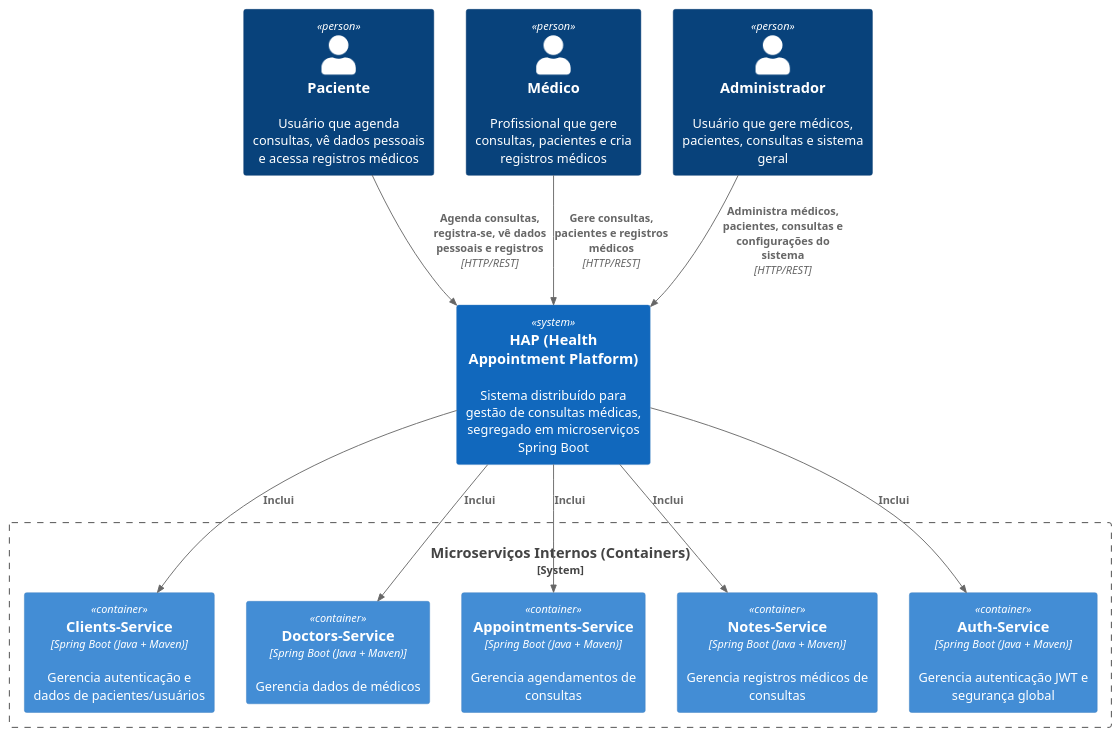
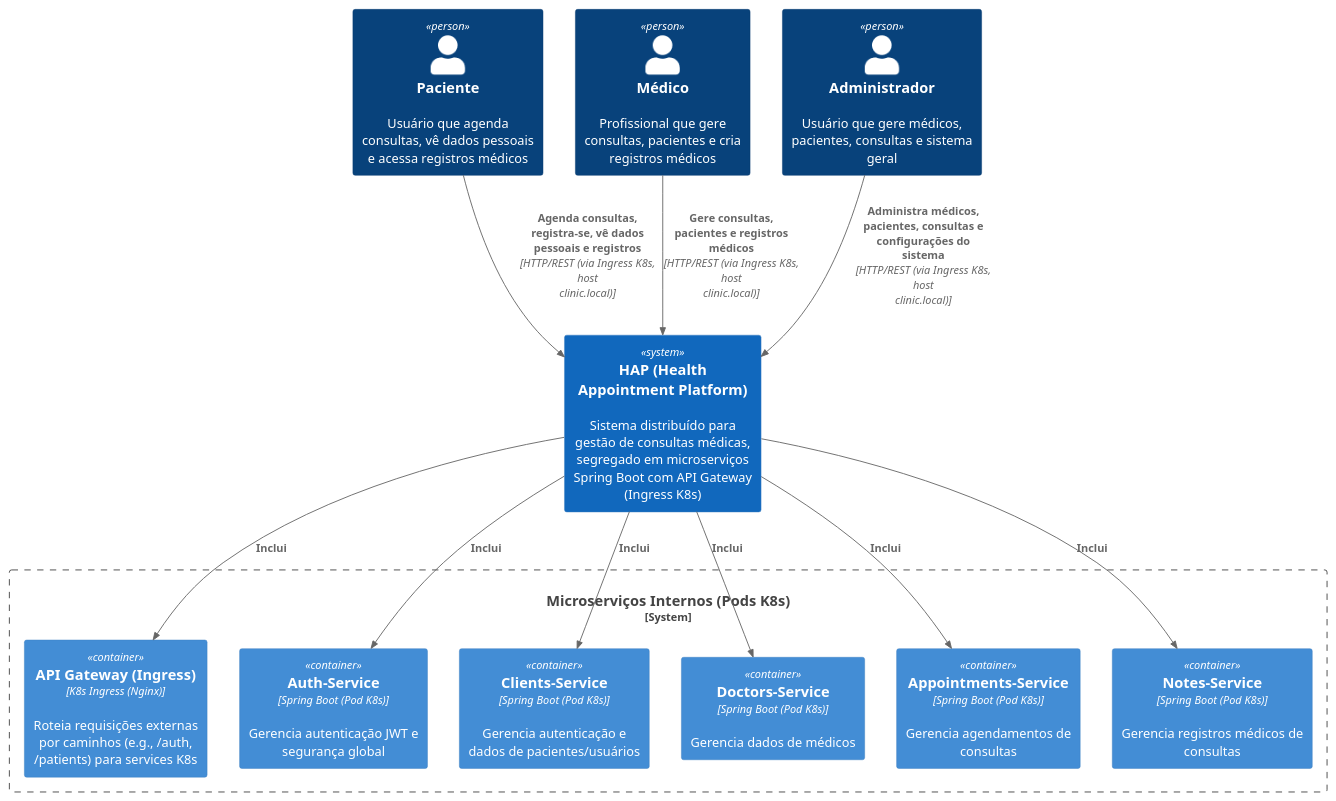
The diagram in architecture/SystemContextDiagram.puml (LucasSantanaAraujo/Distributed-System-Healthcare-Administration-Platform), drawn with PlantUML before and after one commit. The commit also changed 2 other files, not shown here.

Commit message:
correção no physical diagram, context diagram e container diagram

```diff
--- a/architecture/SystemContextDiagram.puml
+++ b/architecture/SystemContextDiagram.puml
@@ -1,27 +1,29 @@
 @startuml C4+1 System Context Diagram - HAP (Health Appointment Platform)
 !include https://raw.githubusercontent.com/plantuml-stdlib/C4-PlantUML/master/C4_Container.puml
 
 Person(patient, "Paciente", "Usuário que agenda consultas, vê dados pessoais e acessa registros médicos")
 Person(physician, "Médico", "Profissional que gere consultas, pacientes e cria registros médicos")
 Person(admin, "Administrador", "Usuário que gere médicos, pacientes, consultas e sistema geral")
 
-System(hap_system, "HAP (Health Appointment Platform)", "Sistema distribuído para gestão de consultas médicas, segregado em microserviços Spring Boot")
+System(hap_system, "HAP (Health Appointment Platform)", "Sistema distribuído para gestão de consultas médicas, segregado em microserviços Spring Boot com API Gateway (Ingress K8s)")
 
-Rel(patient, hap_system, "Agenda consultas, registra-se, vê dados pessoais e registros", "HTTP/REST")
-Rel(physician, hap_system, "Gere consultas, pacientes e registros médicos", "HTTP/REST")
-Rel(admin, hap_system, "Administra médicos, pacientes, consultas e configurações do sistema", "HTTP/REST")
+Rel(patient, hap_system, "Agenda consultas, registra-se, vê dados pessoais e registros", "HTTP/REST (via Ingress K8s, host clinic.local)")
+Rel(physician, hap_system, "Gere consultas, pacientes e registros médicos", "HTTP/REST (via Ingress K8s, host clinic.local)")
+Rel(admin, hap_system, "Administra médicos, pacientes, consultas e configurações do sistema", "HTTP/REST (via Ingress K8s, host clinic.local)")
 
-System_Boundary(hap_internal, "Microserviços Internos (Containers)") {
-    Container(clients_service, "Clients-Service", "Spring Boot (Java + Maven)", "Gerencia autenticação e dados de pacientes/usuários")
-    Container(doctors_service, "Doctors-Service", "Spring Boot (Java + Maven)", "Gerencia dados de médicos")
-    Container(appointments_service, "Appointments-Service", "Spring Boot (Java + Maven)", "Gerencia agendamentos de consultas")
-    Container(notes_service, "Notes-Service", "Spring Boot (Java + Maven)", "Gerencia registros médicos de consultas")
-    Container(auth_service, "Auth-Service", "Spring Boot (Java + Maven)", "Gerencia autenticação JWT e segurança global")
+System_Boundary(hap_internal, "Microserviços Internos (Pods K8s)") {
+    Container(api_gateway, "API Gateway (Ingress)", "K8s Ingress (Nginx)", "Roteia requisições externas por caminhos (e.g., /auth, /patients) para services K8s")
+    Container(auth_service, "Auth-Service", "Spring Boot (Pod K8s)", "Gerencia autenticação JWT e segurança global")
+    Container(clients_service, "Clients-Service", "Spring Boot (Pod K8s)", "Gerencia autenticação e dados de pacientes/usuários")
+    Container(doctors_service, "Doctors-Service", "Spring Boot (Pod K8s)", "Gerencia dados de médicos")
+    Container(appointments_service, "Appointments-Service", "Spring Boot (Pod K8s)", "Gerencia agendamentos de consultas")
+    Container(notes_service, "Notes-Service", "Spring Boot (Pod K8s)", "Gerencia registros médicos de consultas")
 }
 
+Rel(hap_system, api_gateway, "Inclui", "")
+Rel(hap_system, auth_service, "Inclui", "")
 Rel(hap_system, clients_service, "Inclui", "")
 Rel(hap_system, doctors_service, "Inclui", "")
 Rel(hap_system, appointments_service, "Inclui", "")
 Rel(hap_system, notes_service, "Inclui", "")
-Rel(hap_system, auth_service, "Inclui", "")
 @enduml
```
